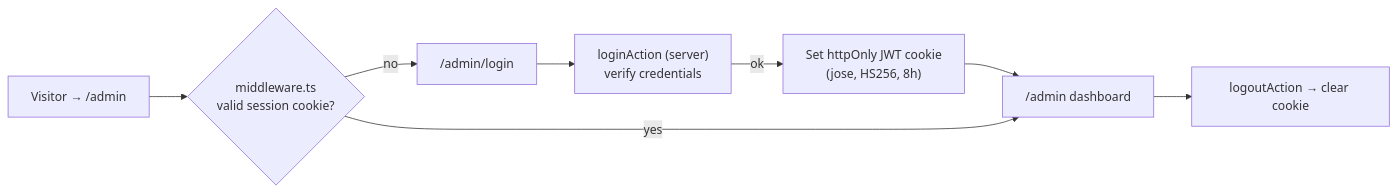
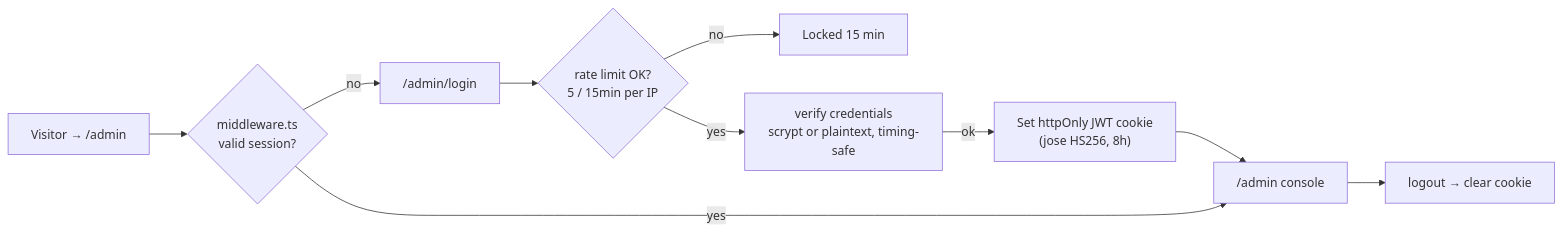
One commit to LasaKaru/ruwanwelisaya changed the fourth of 4 diagrams in README.md. Above: the diagram before and after it, drawn with Mermaid. The commit also changed other lines of this file and 16 other files, not shown here.

First line of the commit message:
Redesign admin console + harden security

````diff
--- a/README.md
+++ b/README.md
@@ -298,10 +304,12 @@
 ```mermaid
 flowchart LR
-    U["Visitor → /admin"] --> M{"middleware.ts<br/>valid session cookie?"}
+    U["Visitor → /admin"] --> M{"middleware.ts<br/>valid session?"}
     M -- no --> L["/admin/login"]
-    L --> A["loginAction (server)<br/>verify credentials"]
-    A -- ok --> C["Set httpOnly JWT cookie<br/>(jose, HS256, 8h)"]
-    C --> D["/admin dashboard"]
+    L --> R{"rate limit OK?<br/>5 / 15min per IP"}
+    R -- no --> X["Locked 15 min"]
+    R -- yes --> A["verify credentials<br/>scrypt or plaintext, timing-safe"]
+    A -- ok --> C["Set httpOnly JWT cookie<br/>(jose HS256, 8h)"]
+    C --> D["/admin console"]
     M -- yes --> D
-    D --> O["logoutAction → clear cookie"]
+    D --> O["logout → clear cookie"]
 ```
````
